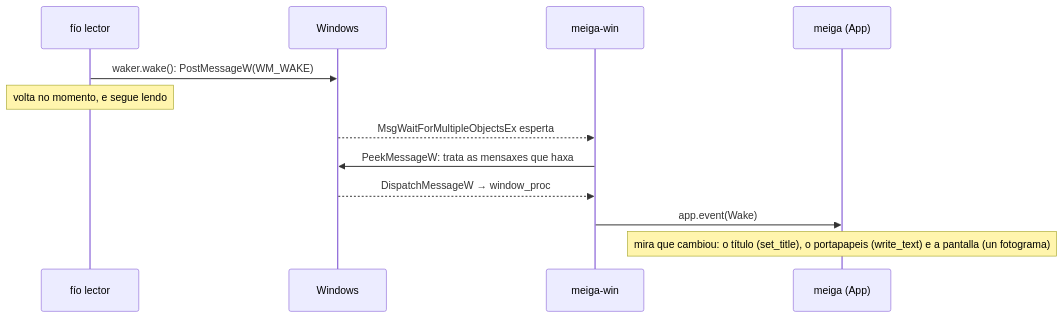
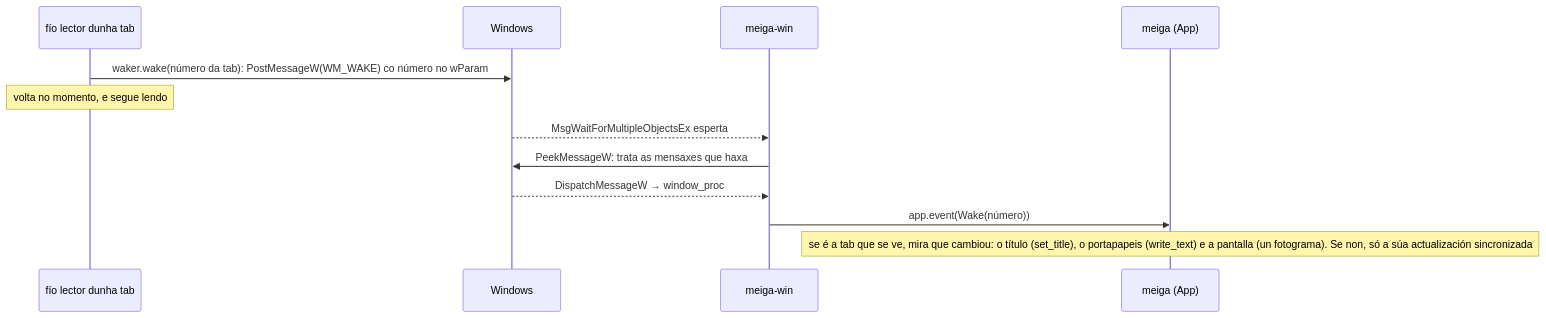
Before and after one commit to NewHouses/meiga: the third of 4 diagrams in docs/codigo/meiga-win.md, drawn with Mermaid. The commit also changed other lines of this file and 33 other files, not shown here.

````diff
--- a/docs/codigo/meiga-win.md
+++ b/docs/codigo/meiga-win.md
@@ -1461,14 +1484,14 @@
 ```mermaid
 sequenceDiagram
-    participant R as fío lector
+    participant R as fío lector dunha tab
     participant S as Windows
     participant W as meiga-win
     participant M as meiga (App)
-    R->>S: waker.wake(): PostMessageW(WM_WAKE)
+    R->>S: waker.wake(número da tab): PostMessageW(WM_WAKE) co número no wParam
     Note over R: volta no momento, e segue lendo
     S-->>W: MsgWaitForMultipleObjectsEx esperta
     W->>S: PeekMessageW: trata as mensaxes que haxa
     S-->>W: DispatchMessageW → window_proc
-    W->>M: app.event(Wake)
-    Note over M: mira que cambiou: o título (set_title), o portapapeis (write_text) e a pantalla (un fotograma)
+    W->>M: app.event(Wake(número))
+    Note over M: se é a tab que se ve, mira que cambiou: o título (set_title), o portapapeis (write_text) e a pantalla (un fotograma). Se non, só a súa actualización sincronizada
 ```
````
